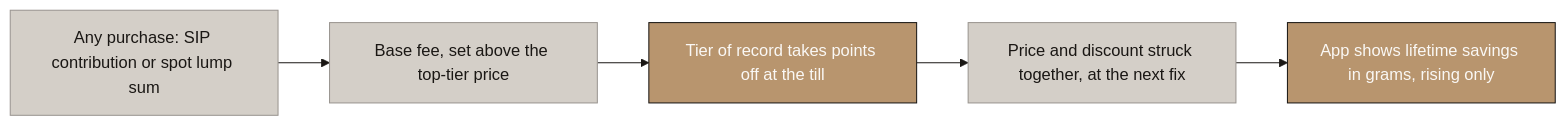
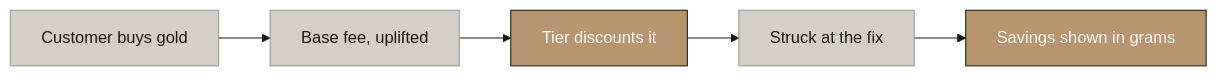
One commit to Abdsys/Aurumix changed the second of 6 diagrams in deliverables/2-mechanism-design/Aurumix_Process_Maps_ICS_Benefits.md. Above: the diagram before and after it, drawn with Mermaid. The commit also changed other lines of this file, not shown here.

````diff
--- a/deliverables/2-mechanism-design/Aurumix_Process_Maps_ICS_Benefits.md
+++ b/deliverables/2-mechanism-design/Aurumix_Process_Maps_ICS_Benefits.md
@@ -92,25 +72,25 @@
 ```mermaid
 %%{init: {'theme': 'base', 'themeVariables': {
     'primaryColor': '#B8956E',
     'primaryTextColor': '#1A1714',
     'primaryBorderColor': '#1A1714',
     'lineColor': '#1A1714',
     'secondaryColor': '#FAF8F5',
     'tertiaryColor': '#D4CFC8',
     'fontFamily': 'Libre Franklin, sans-serif',
     'edgeLabelBackground': '#D4CFC8',
     'clusterBkg': '#FAF8F5',
     'clusterBorder': '#B8956E'
 }}}%%
 graph LR
-    A["Any purchase: SIP contribution or spot lump sum"] --> B["Base fee, set above the top-tier price"]
-    B --> C["Tier of record takes points off at the till"]
-    C --> D["Price and discount struck together, at the next fix"]
-    D --> E["App shows lifetime savings in grams, rising only"]
+    A["Customer buys gold"] --> B["Base fee, uplifted"]
+    B --> C["Tier discounts it"]
+    C --> D["Struck at the fix"]
+    D --> E["Savings shown in grams"]
 
     style A fill:#D4CFC8,stroke:#9A9590,color:#1A1714
     style B fill:#D4CFC8,stroke:#9A9590,color:#1A1714
     style C fill:#B8956E,stroke:#1A1714,color:#FAF8F5
     style D fill:#D4CFC8,stroke:#9A9590,color:#1A1714
     style E fill:#B8956E,stroke:#1A1714,color:#FAF8F5
 ```
````
